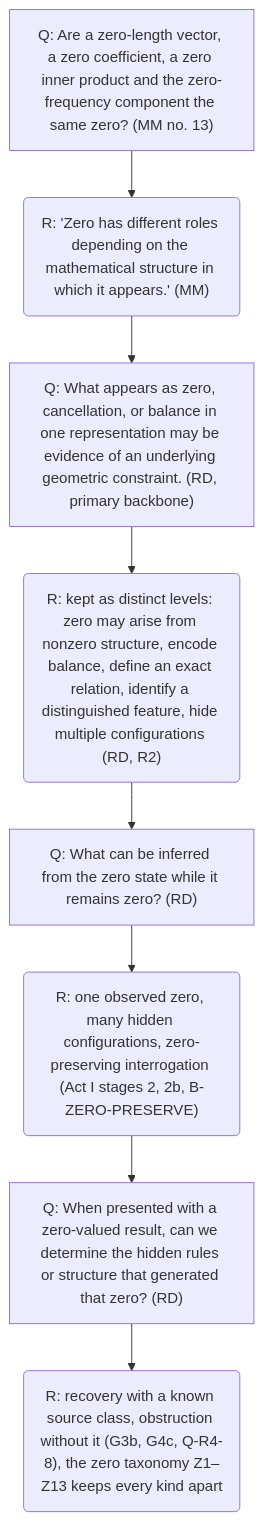
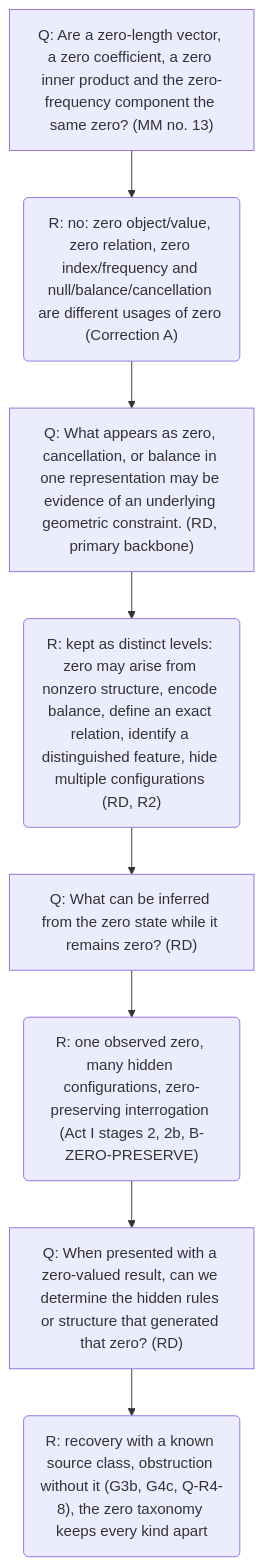
The fourth of 11 diagrams in research/canonical_story.md (nadiapriyam/ENERGEO), drawn with Mermaid before and after one commit. The commit also changed other lines of this file and 18 other files, not shown here.

````diff
--- a/research/canonical_story.md
+++ b/research/canonical_story.md
@@ -191,18 +260,18 @@
 ```mermaid
 flowchart TD
   Z0["Q: Are a zero-length vector, a zero coefficient, a zero inner product and the zero-frequency component the same zero? (MM no. 13)"]
-  Z1("R: 'Zero has different roles depending on the mathematical structure in which it appears.' (MM)")
+  Z1("R: no: zero object/value, zero relation, zero index/frequency and null/balance/cancellation are different usages of zero (Correction A)")
   Z0 --> Z1
   Z2["Q: What appears as zero, cancellation, or balance in one representation may be evidence of an underlying geometric constraint. (RD, primary backbone)"]
   Z1 --> Z2
   Z3("R: kept as distinct levels: zero may arise from nonzero structure, encode balance, define an exact relation, identify a distinguished feature, hide multiple configurations (RD, R2)")
   Z2 --> Z3
   Z4["Q: What can be inferred from the zero state while it remains zero? (RD)"]
   Z3 --> Z4
   Z5("R: one observed zero, many hidden configurations, zero-preserving interrogation (Act I stages 2, 2b, B-ZERO-PRESERVE)")
   Z4 --> Z5
   Z6["Q: When presented with a zero-valued result, can we determine the hidden rules or structure that generated that zero? (RD)"]
   Z5 --> Z6
-  Z7("R: recovery with a known source class, obstruction without it (G3b, G4c, Q-R4-8), the zero taxonomy Z1–Z13 keeps every kind apart")
+  Z7("R: recovery with a known source class, obstruction without it (G3b, G4c, Q-R4-8), the zero taxonomy keeps every kind apart")
   Z6 --> Z7
 ```
````
